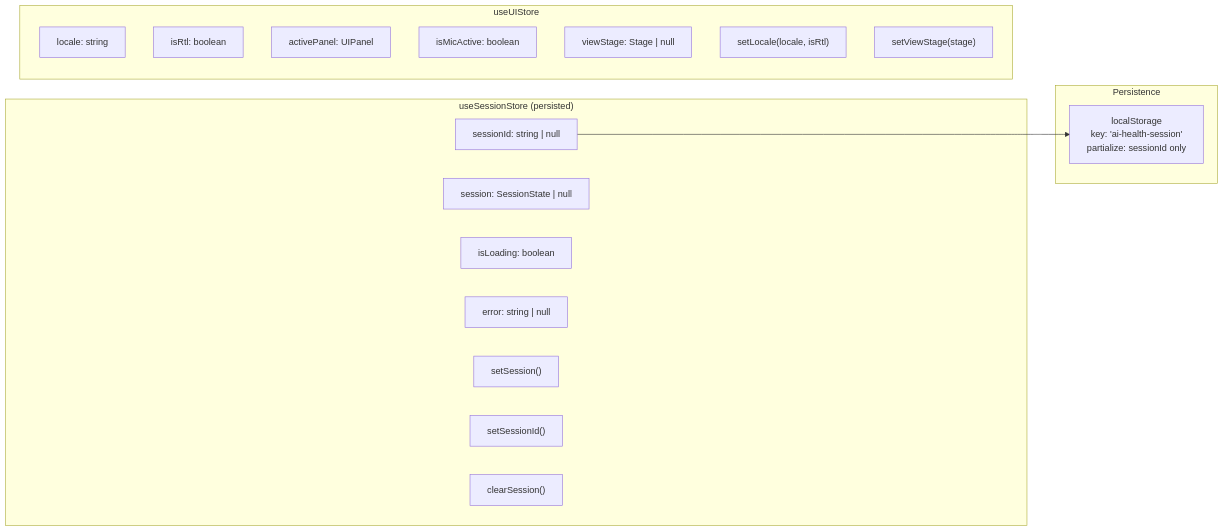
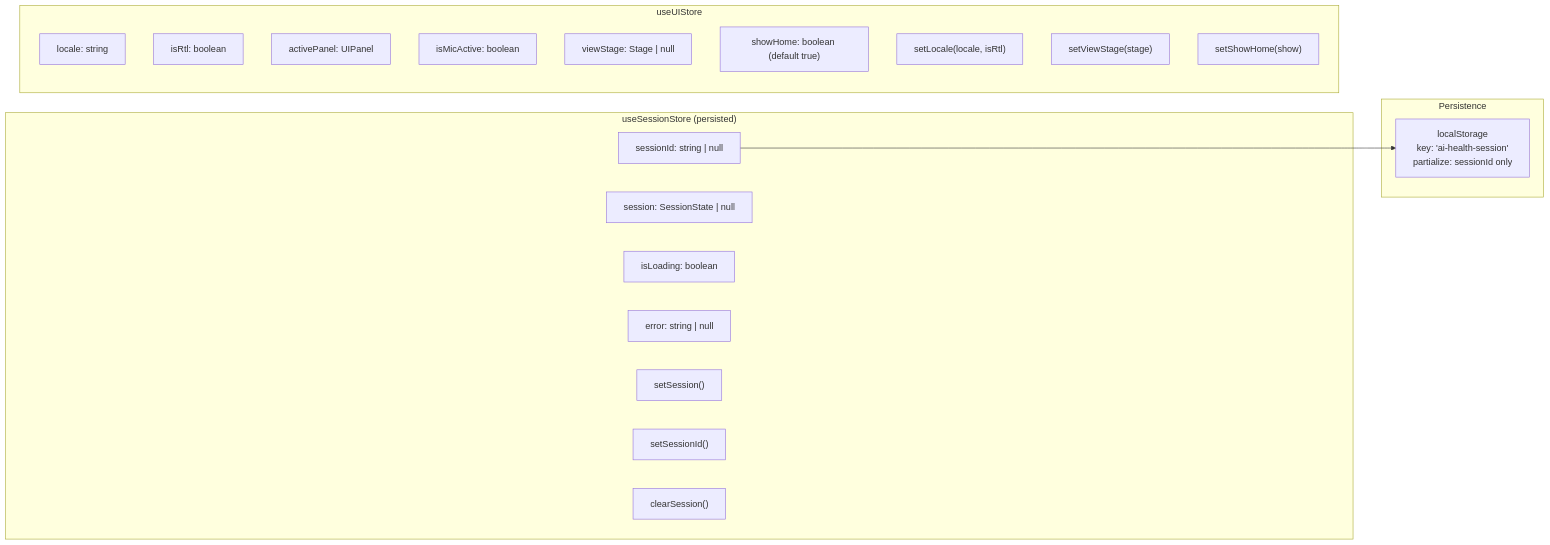
Diagram 12 of 27 in CODEBASE_COMPREHENSIVE_REVIEW.md (PascalBurume/AI-Health-Guide), drawn with Mermaid before and after one commit. The commit also changed other lines of this file and 15 other files, not shown here.

Commit message:
feat: improve home flow and care navigation

````diff
--- a/CODEBASE_COMPREHENSIVE_REVIEW.md
+++ b/CODEBASE_COMPREHENSIVE_REVIEW.md
@@ -823,28 +831,30 @@
 ```mermaid
 graph LR
     subgraph "useSessionStore (persisted)"
         SS_ID["sessionId: string | null"]
         SS_S["session: SessionState | null"]
         SS_L["isLoading: boolean"]
         SS_E["error: string | null"]
         SS_A1["setSession()"]
         SS_A2["setSessionId()"]
         SS_A3["clearSession()"]
     end
     
     subgraph "useUIStore"
         UI_L["locale: string"]
         UI_R["isRtl: boolean"]
         UI_P["activePanel: UIPanel"]
         UI_M["isMicActive: boolean"]
         UI_VS["viewStage: Stage | null"]
+        UI_SH["showHome: boolean (default true)"]
         UI_A1["setLocale(locale, isRtl)"]
         UI_A2["setViewStage(stage)"]
+        UI_A3["setShowHome(show)"]
     end
     
     subgraph "Persistence"
         LS["localStorage<br/>key: 'ai-health-session'<br/>partialize: sessionId only"]
     end
     
     SS_ID --> LS
 ```
````
